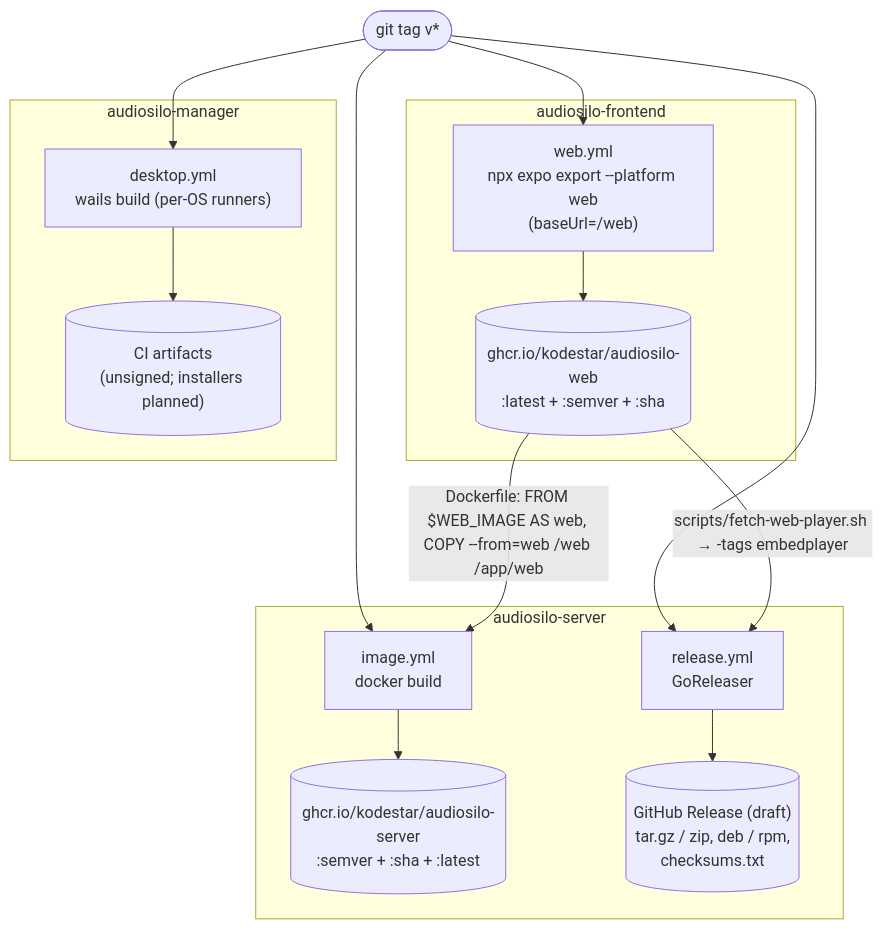
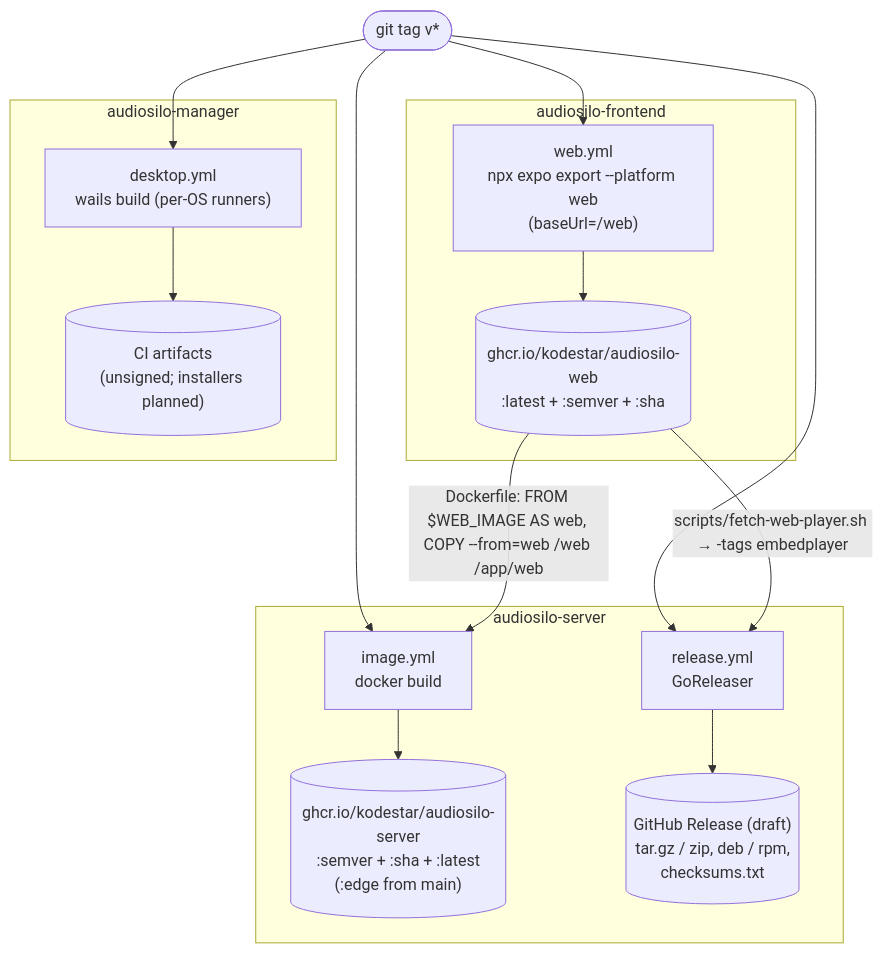
The diagram in docs-developers/architecture/release-pipeline.md (KodeStar/audiosilo-docs), drawn with Mermaid before and after one commit. The commit also changed other lines of this file and 2 other files, not shown here.

First line of the commit message:
Docs: the :edge server image built from main

````diff
--- a/docs-developers/architecture/release-pipeline.md
+++ b/docs-developers/architecture/release-pipeline.md
@@ -18,32 +19,32 @@
 ```mermaid
 flowchart TB
     tag(["git tag v*"])
 
     subgraph fe["audiosilo-frontend"]
         webyml["web.yml<br/>npx expo export --platform web<br/>(baseUrl=/web)"]
         webimg[("ghcr.io/kodestar/audiosilo-web<br/>:latest + :semver + :sha")]
         webyml --> webimg
     end
 
     subgraph srv["audiosilo-server"]
         imageyml["image.yml<br/>docker build"]
-        srvimg[("ghcr.io/kodestar/audiosilo-server<br/>:semver + :sha + :latest")]
+        srvimg[("ghcr.io/kodestar/audiosilo-server<br/>:semver + :sha + :latest<br/>(:edge from main)")]
         relyml["release.yml<br/>GoReleaser"]
         ghrel[("GitHub Release (draft)<br/>tar.gz / zip, deb / rpm,<br/>checksums.txt")]
         imageyml --> srvimg
         relyml --> ghrel
     end
 
     subgraph mgr["audiosilo-manager"]
         desktopyml["desktop.yml<br/>wails build (per-OS runners)"]
         artifacts[("CI artifacts<br/>(unsigned; installers planned)")]
         desktopyml --> artifacts
     end
 
     tag --> webyml
     tag --> imageyml
     tag --> relyml
     tag --> desktopyml
     webimg -->|"Dockerfile: FROM $WEB_IMAGE AS web, COPY --from=web /web /app/web"| imageyml
     webimg -->|"scripts/fetch-web-player.sh → -tags embedplayer"| relyml
 ```
````
